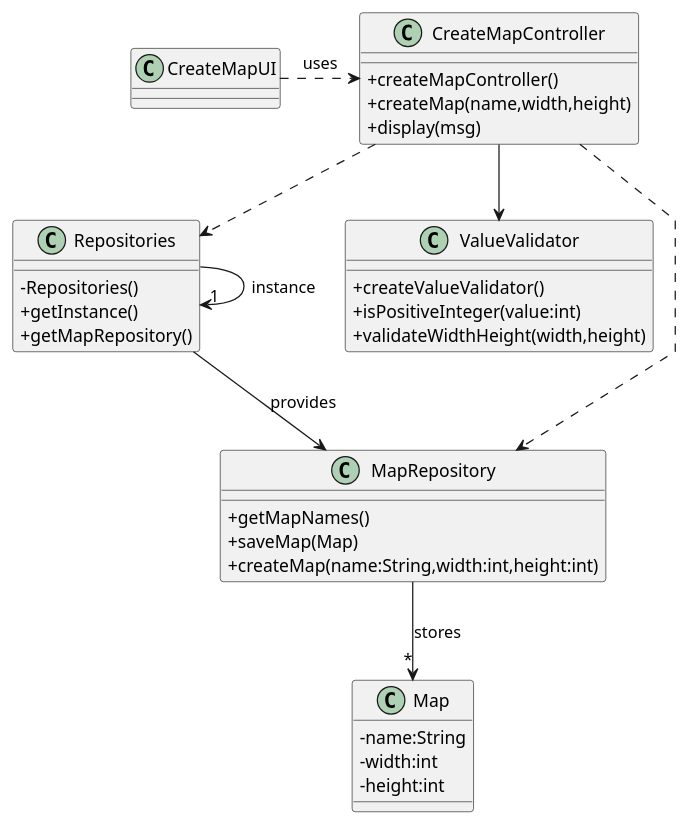
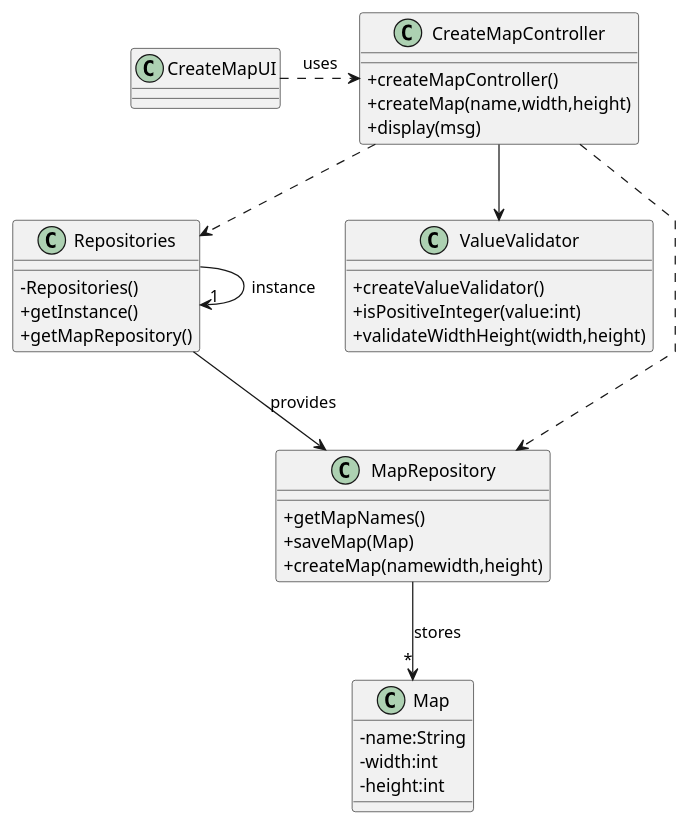
One commit to 1240826/empire-on-tracks changed the diagram in docs/system-documentation/US001/03.design/puml/US001-CD.puml. Above: the diagram before and after it, drawn with PlantUML.

```diff
--- a/docs/system-documentation/US001/03.design/puml/US001-CD.puml
+++ b/docs/system-documentation/US001/03.design/puml/US001-CD.puml
@@ -1,54 +1,54 @@
 @startuml
 skinparam packageStyle rectangle
 skinparam shadowing false
 skinparam linetype polyline
 skinparam classAttributeIconSize 0
 
 class CreateMapUI {
 
 }
 
 class CreateMapController {
   +createMapController()
   +createMap(name,width,height)
   +display(msg)
 }
 
 class ValueValidator {
   +createValueValidator()
   +isPositiveInteger(value:int)
   +validateWidthHeight(width,height)
 }
 
 class Repositories {
 
   -Repositories()
   +getInstance()
   +getMapRepository()
 }
 
 class MapRepository {
   +getMapNames()
   +saveMap(Map)
-  +createMap(name:String,width:int,height:int)
+  +createMap(namewidth,height)
 
 }
 
 class Map {
   -name:String
   -width:int
   -height:int
 }
 
 CreateMapUI .> CreateMapController     : uses
 
 CreateMapController ..> MapRepository
 CreateMapController ..> Repositories
 
 CreateMapController --> ValueValidator
 
 Repositories -->  MapRepository    : provides
 MapRepository -->"*" Map             : stores
 
 Repositories -> "1" Repositories : instance
 @enduml
```
